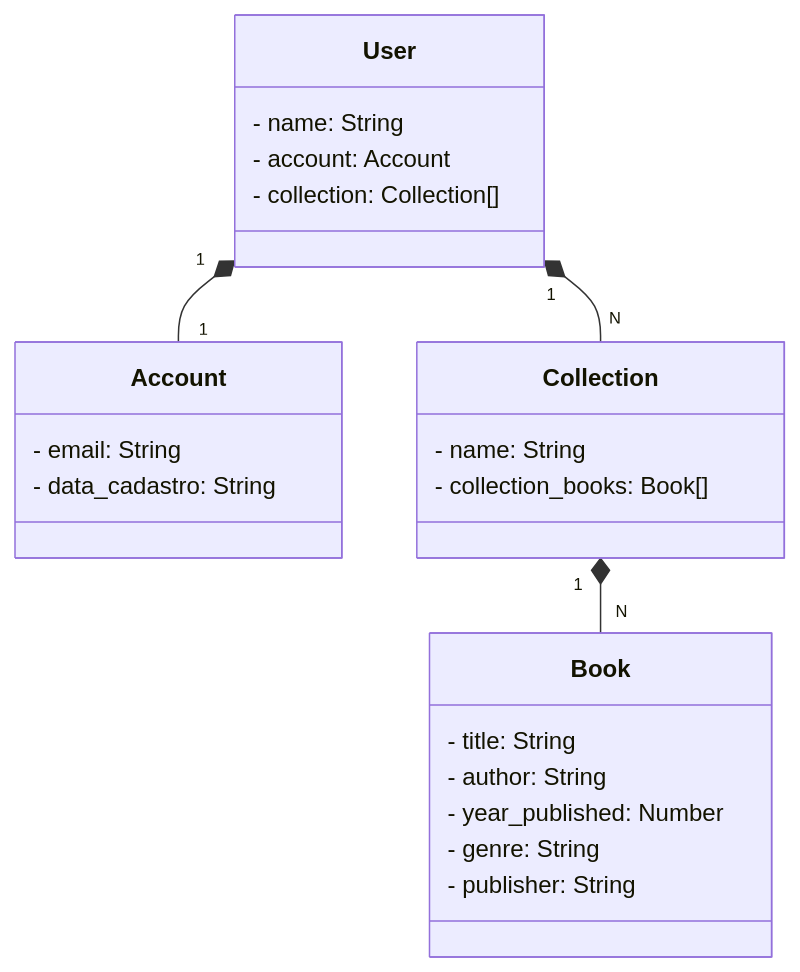
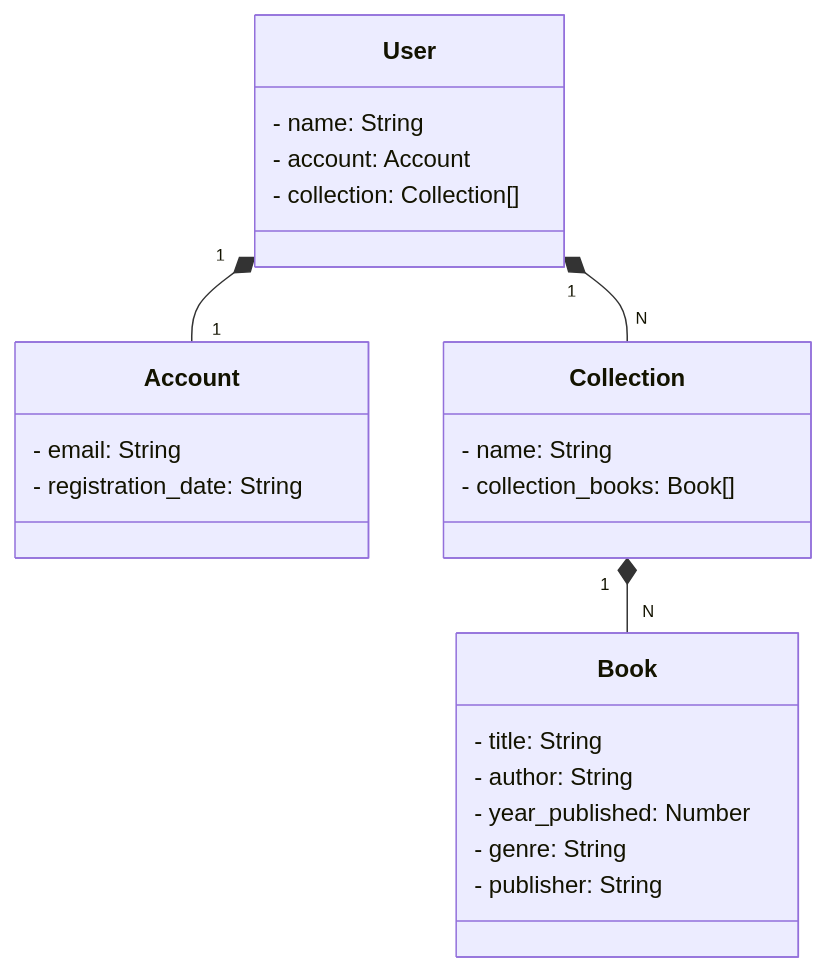
One commit to RafaelRoslan/bootcamp-2023 changed the diagram in README.md. Above: the diagram before and after it, drawn with Mermaid.

````diff
--- a/README.md
+++ b/README.md
@@ -6,27 +6,27 @@
 ```mermaid
 classDiagram
   class User {
     - name: String
     - account: Account
     - collection: Collection[]
   }
   class Account {
     - email: String
-    - data_cadastro: String
+    - registration_date: String
   }
   class Collection {
     - name: String
     - collection_books: Book[]
   }
   class Book {
     - title: String
     - author: String
     - year_published: Number
     - genre: String
     - publisher: String
   }
 
   User "1" *-- "1" Account
   User "1" *-- "N" Collection
   Collection "1" *-- "N" Book
 ```
````
